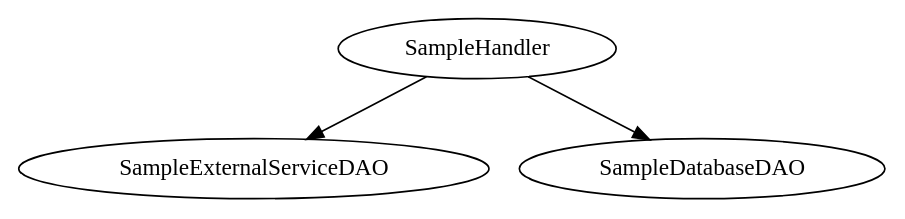
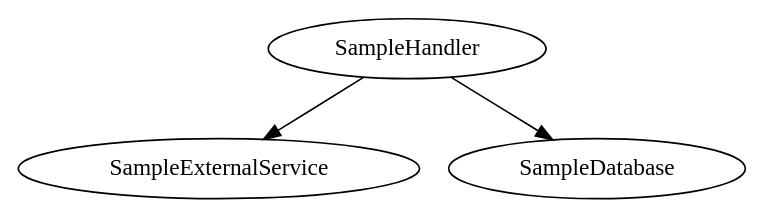
One commit to 12Siva/ServiceMapAnnotation changed the diagram in dotsource.dot. Above: the diagram before and after it, drawn with Graphviz. The commit also changed 5 other files, not shown here.

```diff
--- a/dotsource.dot
+++ b/dotsource.dot
@@ -1,7 +1,7 @@
 strict digraph G {
   SampleHandler [ label="SampleHandler" ];
-  SampleExternalServiceDAO [ label="SampleExternalServiceDAO" ];
-  SampleDatabaseDAO [ label="SampleDatabaseDAO" ];
-  SampleHandler -> SampleExternalServiceDAO;
-  SampleHandler -> SampleDatabaseDAO;
+  SampleExternalService [ label="SampleExternalService" ];
+  SampleDatabase [ label="SampleDatabase" ];
+  SampleHandler -> SampleExternalService;
+  SampleHandler -> SampleDatabase;
 }
```
